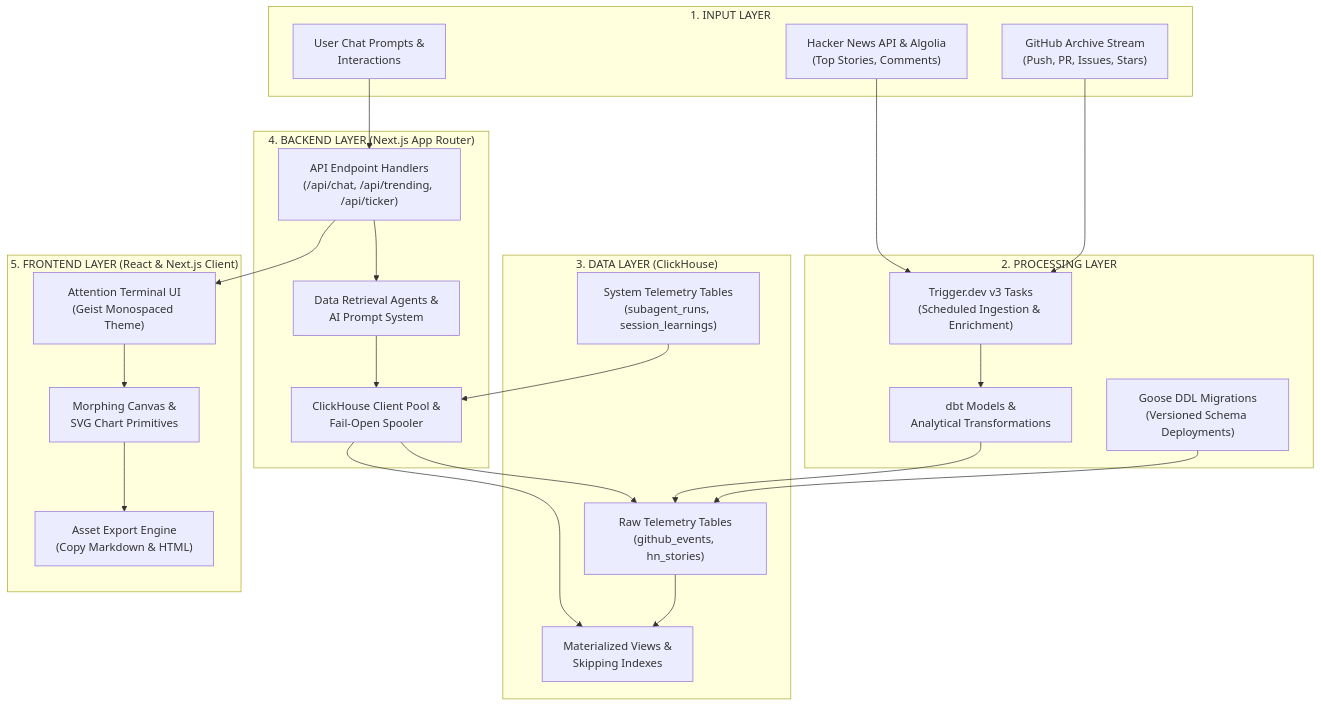
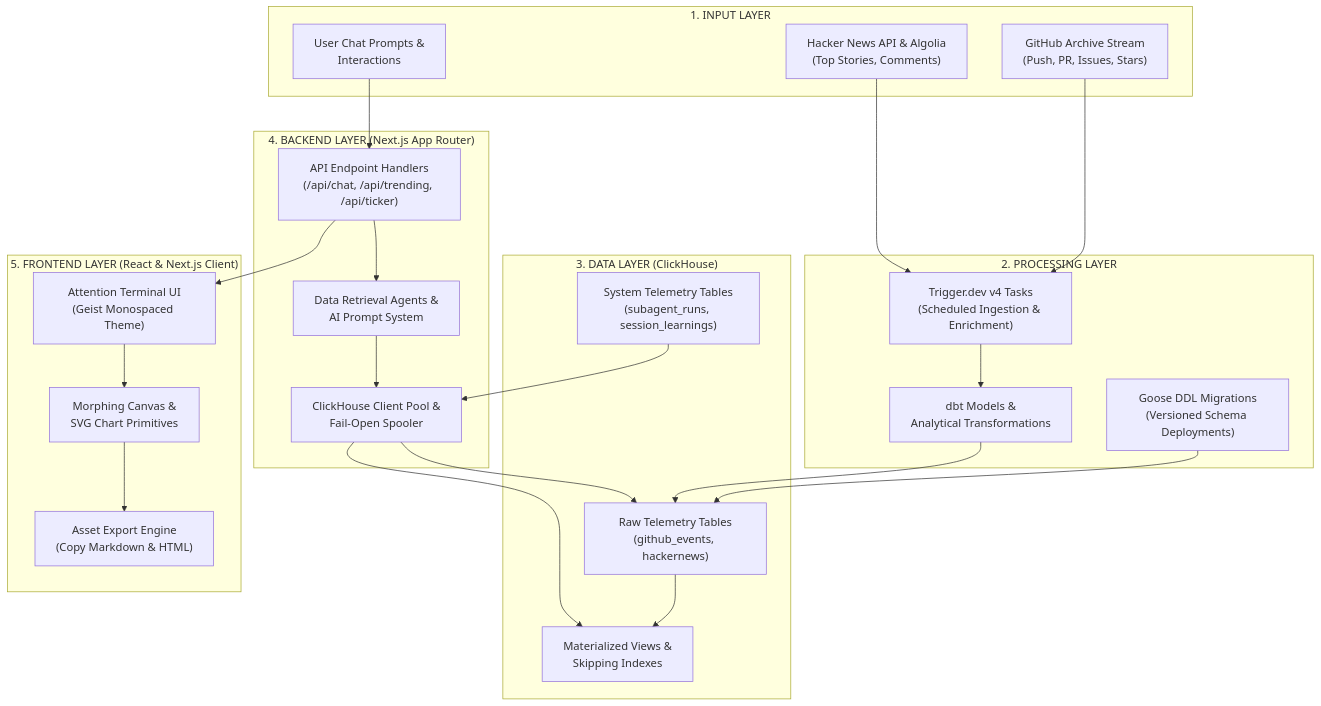
Before and after one commit to victoremnm/attention-terminal: the first of 6 diagrams in docs/architecture/SYSTEM-ARCHITECTURE.md, drawn with Mermaid. The commit also changed other lines of this file and 7 other files, not shown here.

````diff
--- a/docs/architecture/SYSTEM-ARCHITECTURE.md
+++ b/docs/architecture/SYSTEM-ARCHITECTURE.md
@@ -11,50 +11,50 @@
 ```mermaid
 flowchart TD
     subgraph Inputs["1. INPUT LAYER"]
         GH["GitHub Archive Stream\n(Push, PR, Issues, Stars)"]
         HN["Hacker News API & Algolia\n(Top Stories, Comments)"]
         USER["User Chat Prompts &\nInteractions"]
     end
 
     subgraph Processing["2. PROCESSING LAYER"]
-        TRIGGER["Trigger.dev v3 Tasks\n(Scheduled Ingestion & Enrichment)"]
+        TRIGGER["Trigger.dev v4 Tasks\n(Scheduled Ingestion & Enrichment)"]
         DBT["dbt Models &\nAnalytical Transformations"]
         GOOSE["Goose DDL Migrations\n(Versioned Schema Deployments)"]
     end
 
     subgraph Data["3. DATA LAYER (ClickHouse)"]
-        RAW["Raw Telemetry Tables\n(github_events, hn_stories)"]
+        RAW["Raw Telemetry Tables\n(github_events, hackernews)"]
         MV["Materialized Views &\nSkipping Indexes"]
         SYSTEM["System Telemetry Tables\n(subagent_runs, session_learnings)"]
     end
 
     subgraph Backend["4. BACKEND LAYER (Next.js App Router)"]
         ROUTER["API Endpoint Handlers\n(/api/chat, /api/trending, /api/ticker)"]
         AGENTS["Data Retrieval Agents &\nAI Prompt System"]
         CH_CLIENT["ClickHouse Client Pool &\nFail-Open Spooler"]
     end
 
     subgraph Frontend["5. FRONTEND LAYER (React & Next.js Client)"]
         TERMINAL["Attention Terminal UI\n(Geist Monospaced Theme)"]
         CANVAS["Morphing Canvas &\nSVG Chart Primitives"]
         EXPORTER["Asset Export Engine\n(Copy Markdown & HTML)"]
     end
 
     GH --> TRIGGER
     HN --> TRIGGER
     TRIGGER --> DBT
     GOOSE --> RAW
     DBT --> RAW
     RAW --> MV
     SYSTEM --> CH_CLIENT
 
     USER --> ROUTER
     ROUTER --> AGENTS
     AGENTS --> CH_CLIENT
     CH_CLIENT --> RAW
     CH_CLIENT --> MV
 
     ROUTER --> TERMINAL
     TERMINAL --> CANVAS
     CANVAS --> EXPORTER
 ```
````
